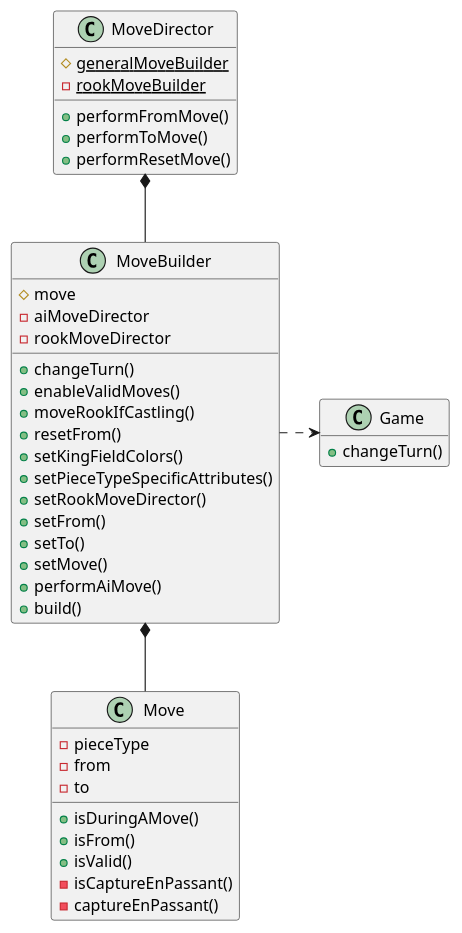
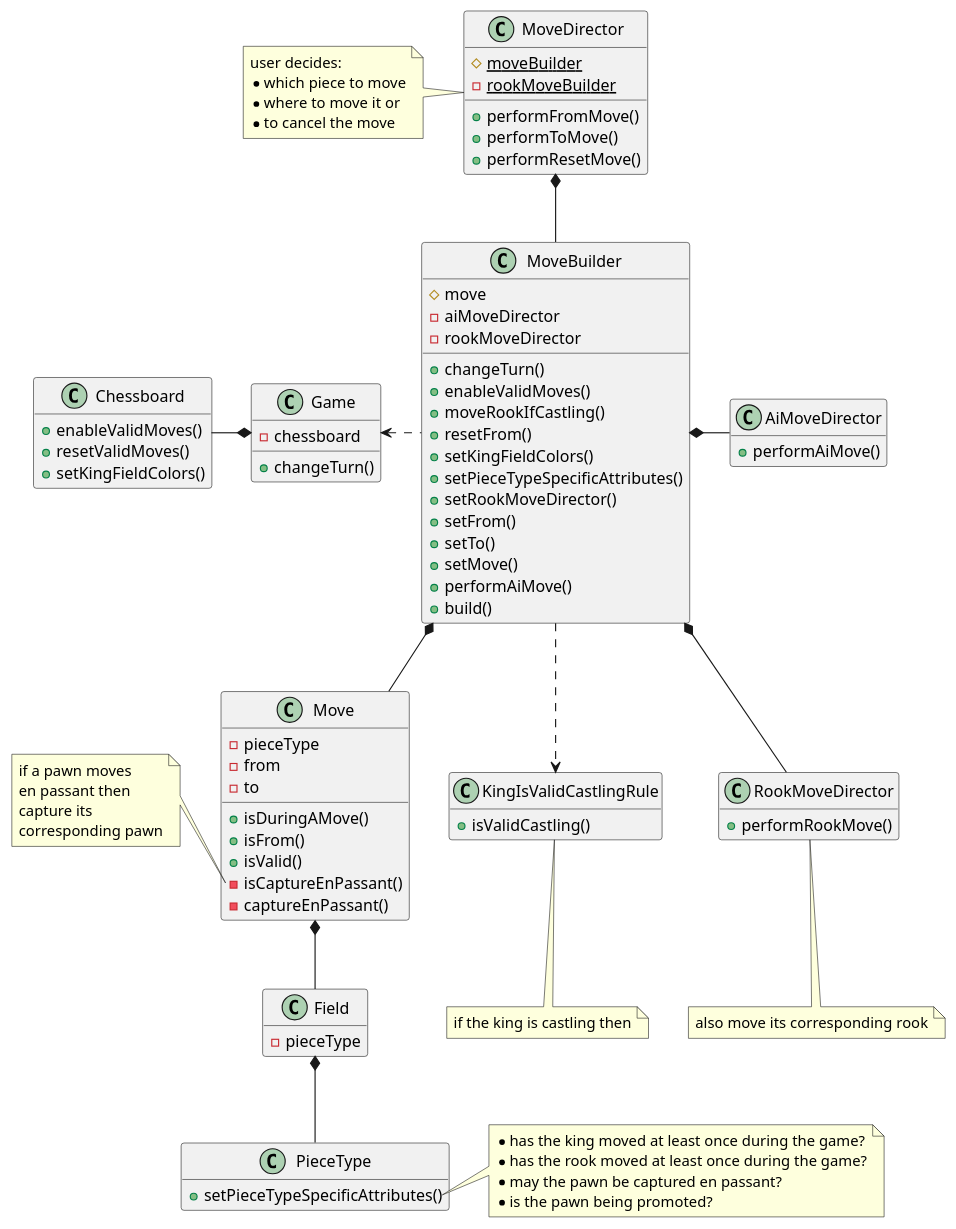
Before and after one commit to tiktaalick/chess-with-database: the diagram in game/src/main/resources/uml/move.puml, drawn with PlantUML. The commit also changed 4 other files, not shown here.

Commit message:
* Updated PlantUML class diagram describing the move package.

```diff
--- a/game/src/main/resources/uml/move.puml
+++ b/game/src/main/resources/uml/move.puml
@@ -1,59 +1,124 @@
 @startuml
 
 '--------------'
 'Hidden members'
 '--------------'
 hide empty members
 
 '----'
 'Move'
 '----'
 class MoveDirector {
-    # {static} generalMoveBuilder
+    # {static} moveBuilder
     - {static} rookMoveBuilder
     + performFromMove()
     + performToMove()
     + performResetMove()
 }
 
 class MoveBuilder {
     # move
     - aiMoveDirector
     - rookMoveDirector
     + changeTurn()
     + enableValidMoves()
     + moveRookIfCastling()
     + resetFrom()
     + setKingFieldColors()
     + setPieceTypeSpecificAttributes()
     + setRookMoveDirector()
     + setFrom()
     + setTo()
     + setMove()
     + performAiMove()
     + build()
 }
 
 class Move {
     - pieceType
     - from
     - to
     + isDuringAMove()
     + isFrom()
     + isValid()
     - isCaptureEnPassant()
     - captureEnPassant()
 }
 
+class Field {
+    - pieceType
+}
+
+class PieceType {
+    + setPieceTypeSpecificAttributes()
+}
+
 class Game {
+    - chessboard
     + changeTurn()
+}
+
+class Chessboard {
+    + enableValidMoves()
+    + resetValidMoves()
+    + setKingFieldColors()
+}
+
+class KingIsValidCastlingRule {
+    + isValidCastling()
+}
+
+class RookMoveDirector {
+    + performRookMove()
+}
+
+class AiMoveDirector {
+    + performAiMove()
 }
 
 '---------'
 'Relations'
 '---------'
 MoveDirector *-- MoveBuilder
 MoveBuilder *-- Move
-MoveBuilder .right.> Game
+MoveBuilder *-- RookMoveDirector
+MoveBuilder *-right- AiMoveDirector
+MoveBuilder .left.> Game
+Game *-left- Chessboard
+MoveBuilder ..> KingIsValidCastlingRule
+Move *-- Field
+Field *-- PieceType
+
+'-----'
+'Notes'
+'-----'
+note left of MoveDirector
+    user decides:
+    * which piece to move
+    * where to move it or
+    * to cancel the move
+end note
+
+note bottom of KingIsValidCastlingRule
+    if the king is castling then
+end note
+
+note bottom of RookMoveDirector
+    also move its corresponding rook
+end note
+
+note left of Move::isCaptureEnPassant
+    if a pawn moves
+    en passant then
+    capture its
+    corresponding pawn
+end note
+
+note right of PieceType::setPieceTypeSpecificAttributes
+    * has the king moved at least once during the game?
+    * has the rook moved at least once during the game?
+    * may the pawn be captured en passant?
+    * is the pawn being promoted?
+end note
 
 @enduml
```
